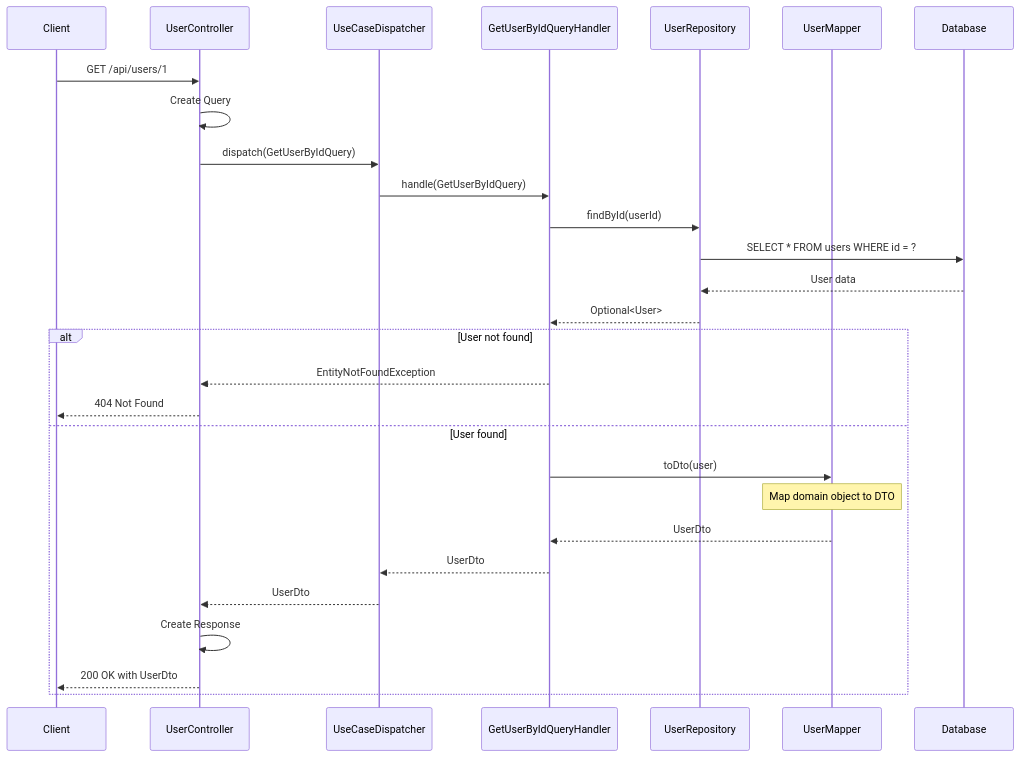
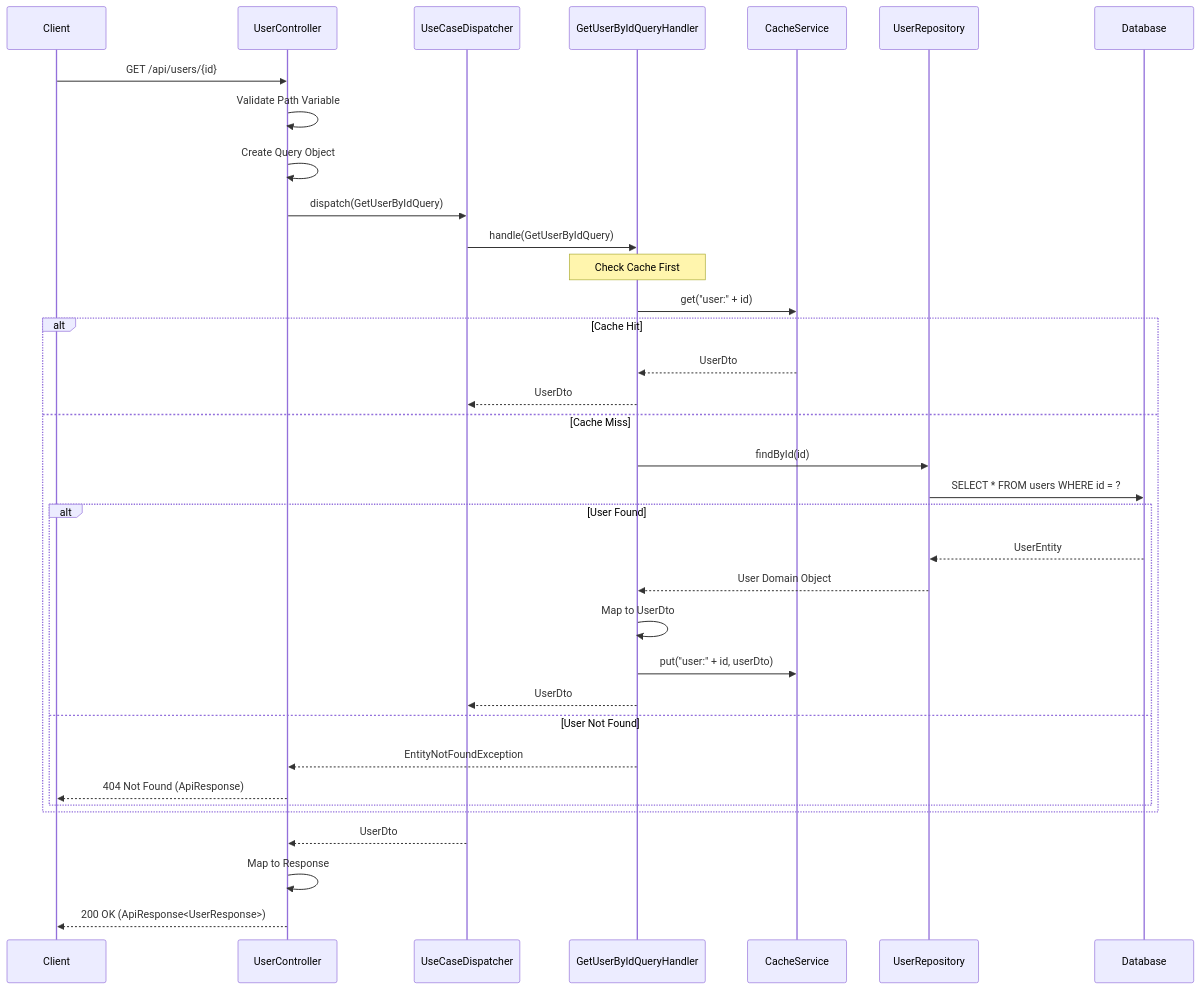
Before and after one commit to ethan-le-grapeseed-com/SpringBootTemplate: the second of 6 diagrams in docs/APPLICATION_FLOW.md, drawn with Mermaid. The commit also changed other lines of this file and 28 other files, not shown here.

````diff
--- a/docs/APPLICATION_FLOW.md
+++ b/docs/APPLICATION_FLOW.md
@@ -186,37 +231,44 @@
 ```mermaid
 sequenceDiagram
     participant Client
     participant Controller as UserController
     participant Dispatcher as UseCaseDispatcher
     participant Handler as GetUserByIdQueryHandler
+    participant Cache as CacheService
     participant Repository as UserRepository
-    participant Mapper as UserMapper
     participant Database
 
-    Client->>Controller: GET /api/users/1
+    Client->>Controller: GET /api/users/{id}
     
-    Controller->>Controller: Create Query
+    Controller->>Controller: Validate Path Variable
+    Controller->>Controller: Create Query Object
     Controller->>Dispatcher: dispatch(GetUserByIdQuery)
     
     Dispatcher->>Handler: handle(GetUserByIdQuery)
     
-    Handler->>Repository: findById(userId)
-    Repository->>Database: SELECT * FROM users WHERE id = ?
-    Database-->>Repository: User data
-    Repository-->>Handler: Optional<User>
+    Note over Handler: Check Cache First
+    Handler->>Cache: get("user:" + id)
     
-    alt User not found
-        Handler-->>Controller: EntityNotFoundException
-        Controller-->>Client: 404 Not Found
-    else User found
-        Handler->>Mapper: toDto(user)
-        Note over Mapper: Map domain object to DTO
-        Mapper-->>Handler: UserDto
+    alt Cache Hit
+        Cache-->>Handler: UserDto
+        Handler-->>Dispatcher: UserDto
+    else Cache Miss
+        Handler->>Repository: findById(id)
+        Repository->>Database: SELECT * FROM users WHERE id = ?
         
-        Handler-->>Dispatcher: UserDto
-        Dispatcher-->>Controller: UserDto
-        
-        Controller->>Controller: Create Response
-        Controller-->>Client: 200 OK with UserDto
+        alt User Found
+            Database-->>Repository: UserEntity
+            Repository-->>Handler: User Domain Object
+            Handler->>Handler: Map to UserDto
+            Handler->>Cache: put("user:" + id, userDto)
+            Handler-->>Dispatcher: UserDto
+        else User Not Found
+            Handler-->>Controller: EntityNotFoundException
+            Controller-->>Client: 404 Not Found (ApiResponse)
+        end
     end
+    
+    Dispatcher-->>Controller: UserDto
+    Controller->>Controller: Map to Response
+    Controller-->>Client: 200 OK (ApiResponse<UserResponse>)
 ```
````
